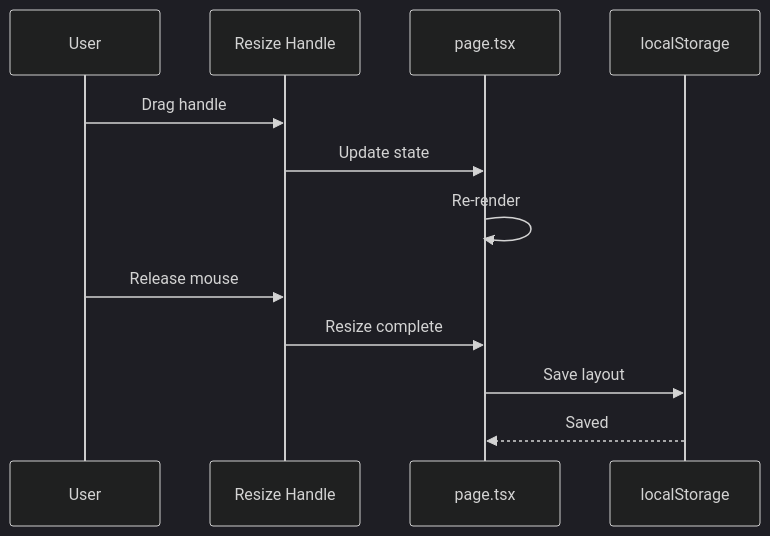
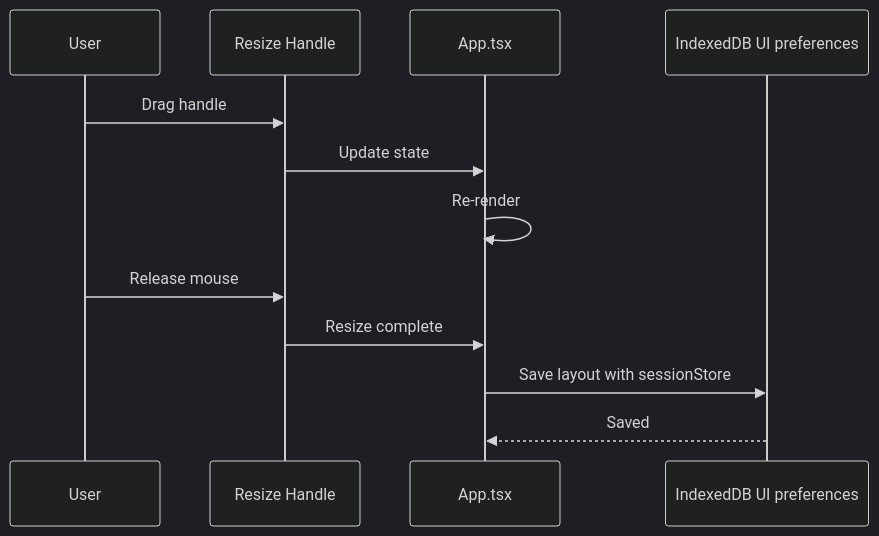
One commit to Stasshe/Pyxis-CodeCanvas changed diagram 20 of 25 in docs/UI-COMPONENTS.md. Above: the diagram before and after it, drawn with Mermaid (dark theme). The commit also changed other lines of this file and 330 other files, not shown here.

````diff
--- a/docs/UI-COMPONENTS.md
+++ b/docs/UI-COMPONENTS.md
@@ -679,16 +640,16 @@
 ```mermaid
 sequenceDiagram
     participant USER as User
     participant HANDLE as Resize Handle
-    participant PAGE as page.tsx
-    participant LS as localStorage
+    participant PAGE as App.tsx
+    participant STORE as IndexedDB UI preferences
 
     USER->>HANDLE: Drag handle
     HANDLE->>PAGE: Update state
     PAGE->>PAGE: Re-render
     
     USER->>HANDLE: Release mouse
     HANDLE->>PAGE: Resize complete
-    PAGE->>LS: Save layout
-    LS-->>PAGE: Saved
+    PAGE->>STORE: Save layout with sessionStore
+    STORE-->>PAGE: Saved
 ```
````
